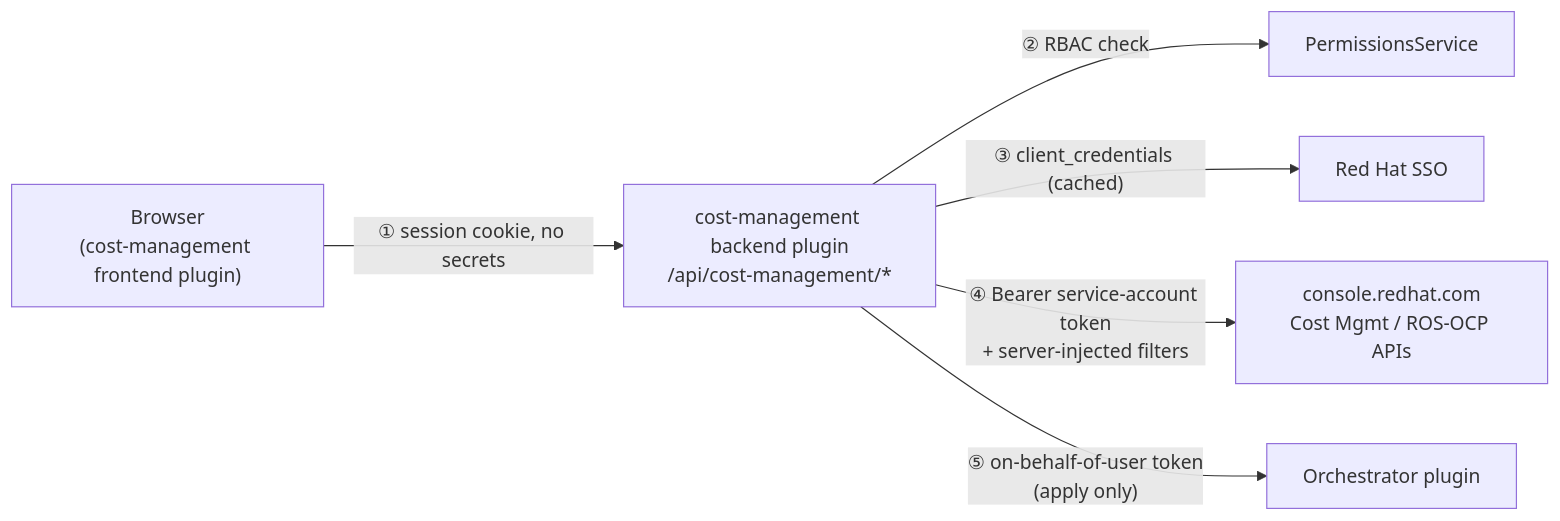
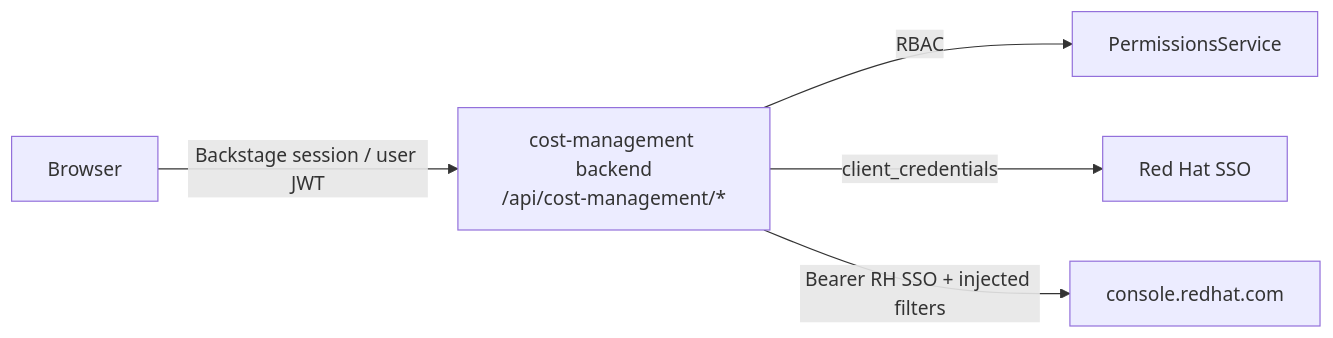
One commit to redhat-developer/rhdh-plugins changed the first of 2 diagrams in workspaces/cost-management/docs/api-flow.md. Above: the diagram before and after it, drawn with Mermaid. The commit also changed other lines of this file and 4 other files, not shown here.

First line of the commit message:
docs(cost-management): streamline architecture and API walkthrough docs

````diff
--- a/workspaces/cost-management/docs/api-flow.md
+++ b/workspaces/cost-management/docs/api-flow.md
@@ -53,8 +27,7 @@
 ```mermaid
 flowchart LR
-    B["Browser<br/>(cost-management frontend plugin)"] -- "① session cookie, no secrets" --> BE["cost-management backend plugin<br/>/api/cost-management/*"]
-    BE -- "② RBAC check" --> Perm["PermissionsService"]
-    BE -- "③ client_credentials (cached)" --> SSO["Red Hat SSO"]
-    BE -- "④ Bearer service-account token<br/>+ server-injected filters" --> RHCC["console.redhat.com<br/>Cost Mgmt / ROS-OCP APIs"]
-    BE -- "⑤ on-behalf-of-user token<br/>(apply only)" --> Orch["Orchestrator plugin"]
+    B["Browser"] -- "Backstage session / user JWT" --> BE["cost-management backend<br/>/api/cost-management/*"]
+    BE -- "RBAC" --> Perm["PermissionsService"]
+    BE -- "client_credentials" --> SSO["Red Hat SSO"]
+    BE -- "Bearer RH SSO + injected filters" --> RHCC["console.redhat.com"]
 ```
````
